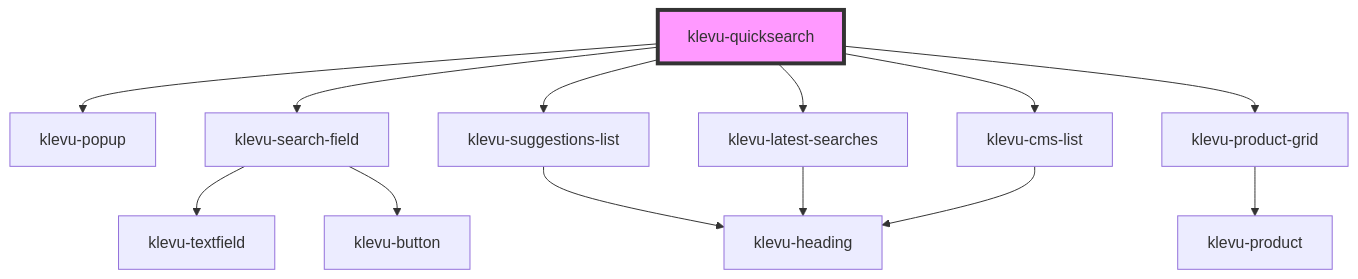
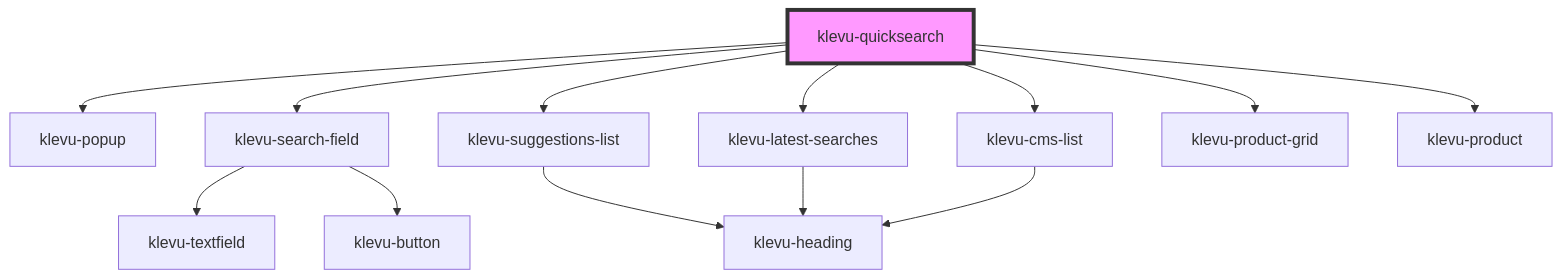
The diagram in packages/klevu-ui/src/components/klevu-quicksearch/readme.md (klevultd/frontend-sdk), drawn with Mermaid before and after one commit. The commit also changed other lines of this file and 20 other files, not shown here.

````diff
--- a/packages/klevu-ui/src/components/klevu-quicksearch/readme.md
+++ b/packages/klevu-ui/src/components/klevu-quicksearch/readme.md
@@ -31,16 +32,16 @@
 ```mermaid
 graph TD;
   klevu-quicksearch --> klevu-popup
   klevu-quicksearch --> klevu-search-field
   klevu-quicksearch --> klevu-suggestions-list
   klevu-quicksearch --> klevu-latest-searches
   klevu-quicksearch --> klevu-cms-list
   klevu-quicksearch --> klevu-product-grid
+  klevu-quicksearch --> klevu-product
   klevu-search-field --> klevu-textfield
   klevu-search-field --> klevu-button
   klevu-suggestions-list --> klevu-heading
   klevu-latest-searches --> klevu-heading
   klevu-cms-list --> klevu-heading
-  klevu-product-grid --> klevu-product
   style klevu-quicksearch fill:#f9f,stroke:#333,stroke-width:4px
 ```
````
